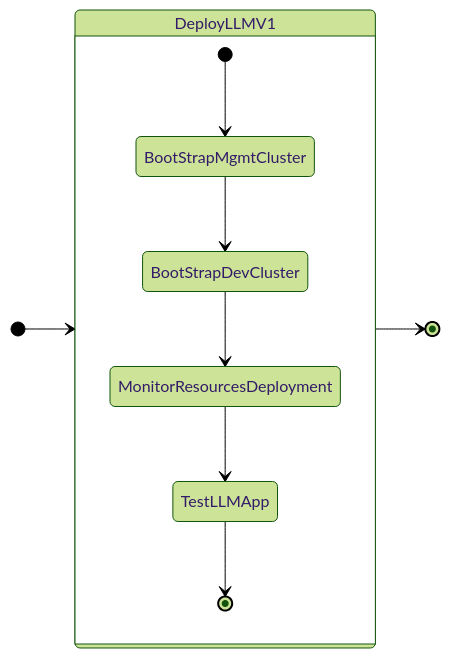
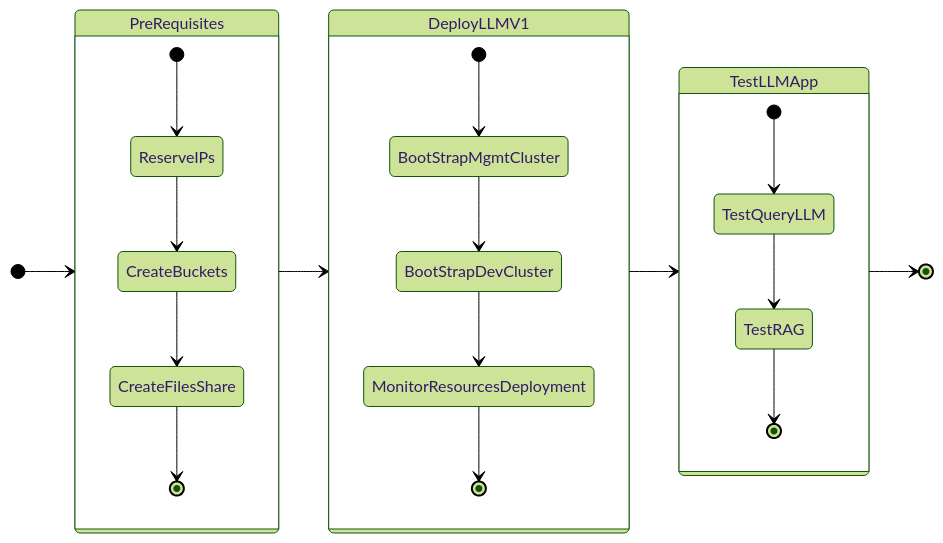
The diagram in docs/llmmgmt/index.md (nutanix-japan/nai-llm), drawn with Mermaid (forest theme) before and after one commit. The commit also changed other lines of this file and 4 other files, not shown here.

````diff
--- a/docs/llmmgmt/index.md
+++ b/docs/llmmgmt/index.md
@@ -33,15 +17,29 @@
 ```mermaid
 stateDiagram-v2
     direction LR
+
+    state PreRequisites {
+        [*] --> ReserveIPs
+        ReserveIPs --> CreateBuckets
+        CreateBuckets --> CreateFilesShare
+        CreateFilesShare --> [*]
+    }
     
     state DeployLLMV1 {
         [*] --> BootStrapMgmtCluster
         BootStrapMgmtCluster -->  BootStrapDevCluster
         BootStrapDevCluster --> MonitorResourcesDeployment
-        MonitorResourcesDeployment --> TestLLMApp
-        TestLLMApp --> [*]
+        MonitorResourcesDeployment --> [*]
     }
 
-    [*] --> DeployLLMV1
-    DeployLLMV1 --> [*]
+    state TestLLMApp {
+        [*] --> TestQueryLLM
+        TestQueryLLM --> TestRAG
+        TestRAG -->  [*]
+    }
+
+    [*] --> PreRequisites
+    PreRequisites --> DeployLLMV1
+    DeployLLMV1 --> TestLLMApp
+    TestLLMApp --> [*]
 ```
````
